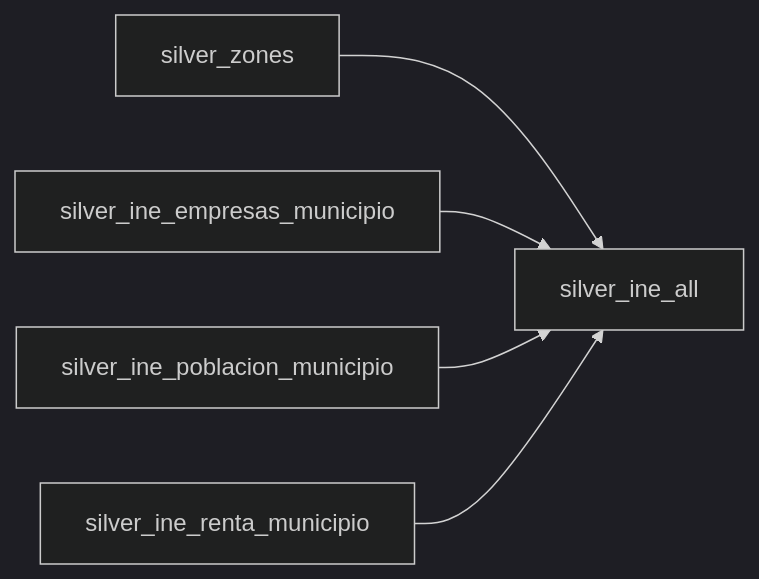
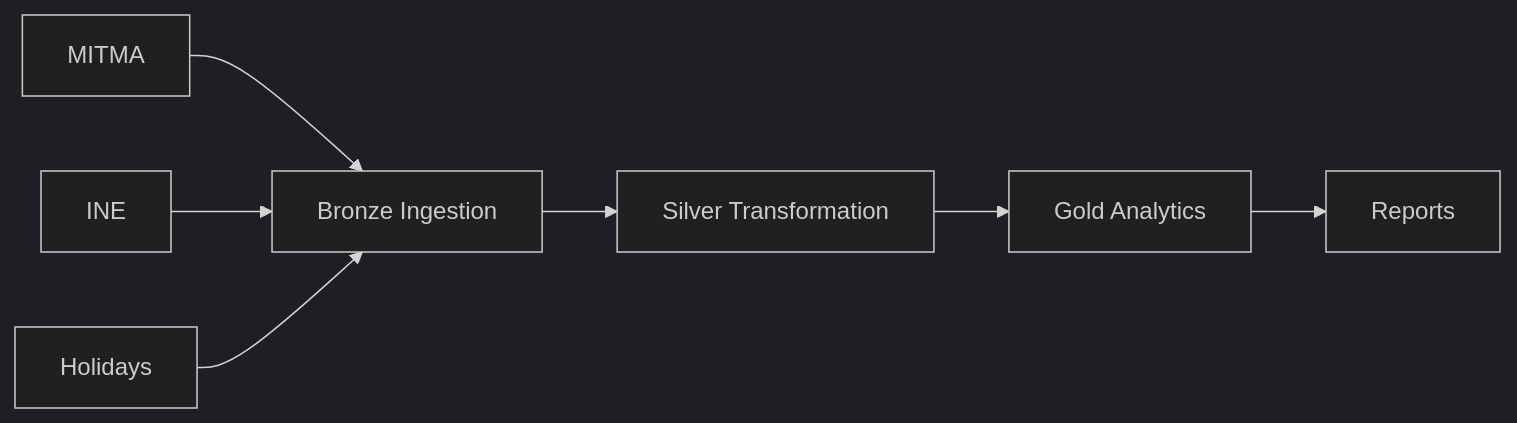
Before and after one commit to bgramaje/muceim-airflow: the second of 2 diagrams in README.md, drawn with Mermaid (dark theme). The commit also changed other lines of this file and 88 other files, not shown here.

````diff
--- a/README.md
+++ b/README.md
@@ -415,7 +84,10 @@
 ```mermaid
-flowchart LR
-  Z[silver_zones] --> A[silver_ine_all]
-  E[silver_ine_empresas_municipio] --> A
-  P[silver_ine_poblacion_municipio] --> A
-  R[silver_ine_renta_municipio] --> A
+graph LR
+    A[Bronze Ingestion] --> B[Silver Transformation]
+    B --> C[Gold Analytics]
+    C --> D[Reports]
+    
+    A1[MITMA] --> A
+    A2[INE] --> A
+    A3[Holidays] --> A
 ```
````
